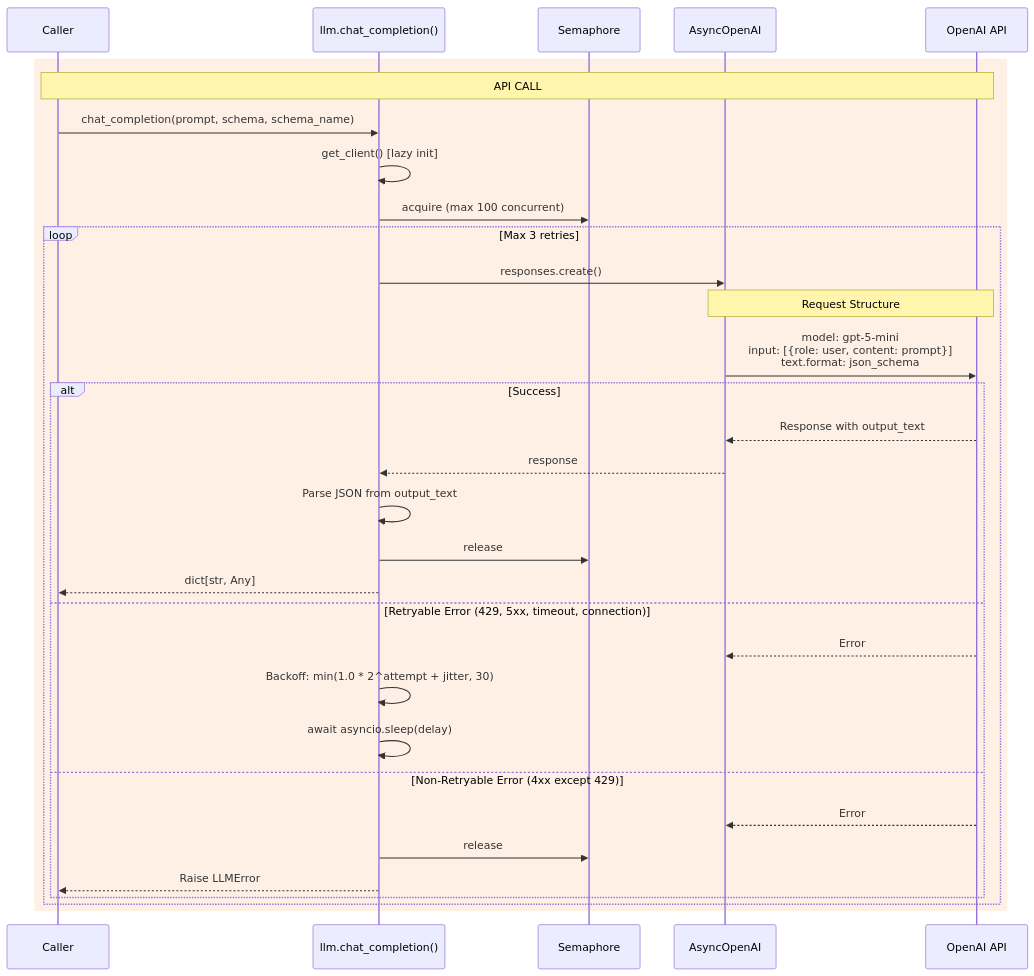
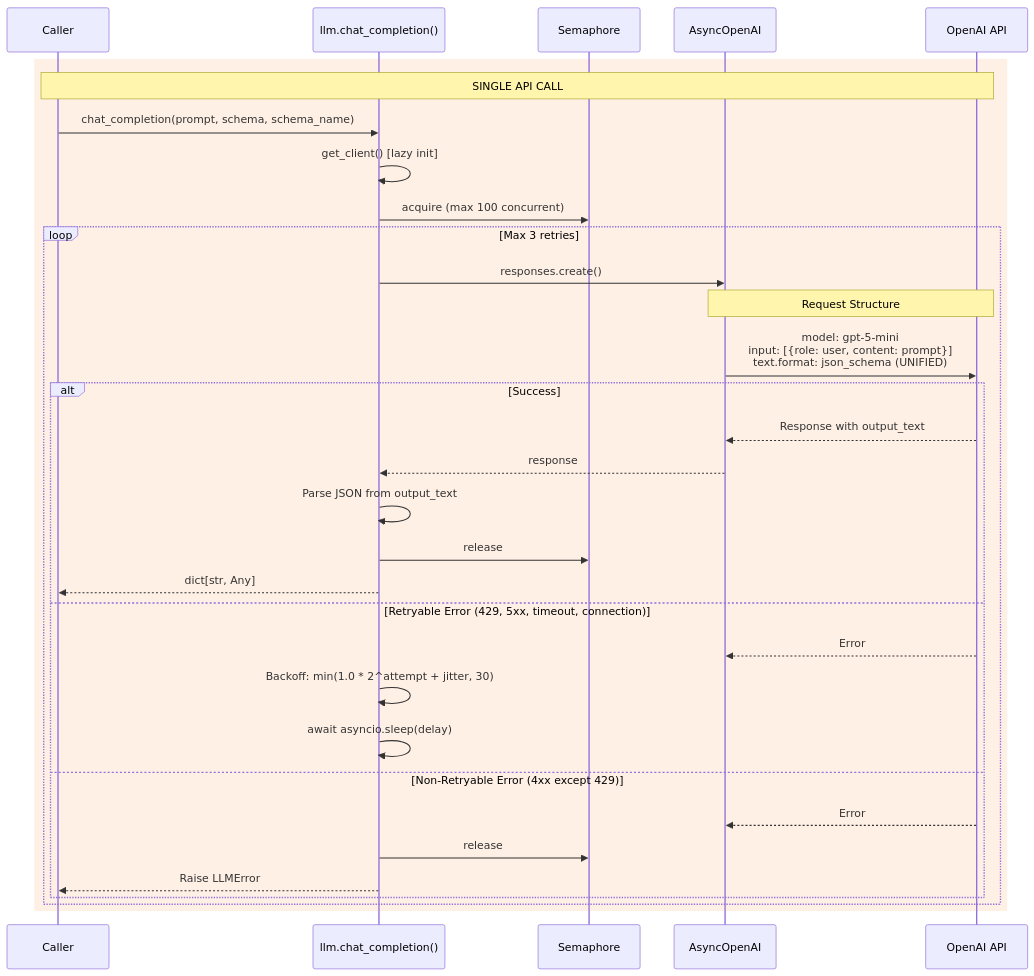
One commit to sapientpants/vocabext changed the fourth of 9 diagrams in docs/llm-pipelines.md. Above: the diagram before and after it, drawn with Mermaid. The commit also changed other lines of this file and 6 other files, not shown here.

First line of the commit message:
feat: unify LLM pipeline with single API call per word

````diff
--- a/docs/llm-pipelines.md
+++ b/docs/llm-pipelines.md
@@ -156,40 +193,40 @@
 ```mermaid
 sequenceDiagram
     participant Caller
     participant llm as llm.chat_completion()
     participant Semaphore
     participant Client as AsyncOpenAI
     participant API as OpenAI API
 
     rect rgb(255, 240, 230)
-        Note over Caller,API: API CALL
+        Note over Caller,API: SINGLE API CALL
 
         Caller->>llm: chat_completion(prompt, schema, schema_name)
 
         llm->>llm: get_client() [lazy init]
         llm->>Semaphore: acquire (max 100 concurrent)
 
         loop Max 3 retries
             llm->>Client: responses.create()
 
             Note over Client,API: Request Structure
-            Client->>API: model: gpt-5-mini<br/>input: [{role: user, content: prompt}]<br/>text.format: json_schema
+            Client->>API: model: gpt-5-mini<br/>input: [{role: user, content: prompt}]<br/>text.format: json_schema (UNIFIED)
 
             alt Success
                 API-->>Client: Response with output_text
                 Client-->>llm: response
                 llm->>llm: Parse JSON from output_text
                 llm->>Semaphore: release
                 llm-->>Caller: dict[str, Any]
             else Retryable Error (429, 5xx, timeout, connection)
                 API-->>Client: Error
                 llm->>llm: Backoff: min(1.0 * 2^attempt + jitter, 30)
                 llm->>llm: await asyncio.sleep(delay)
             else Non-Retryable Error (4xx except 429)
                 API-->>Client: Error
                 llm->>Semaphore: release
                 llm-->>Caller: Raise LLMError
             end
         end
     end
 ```
````
